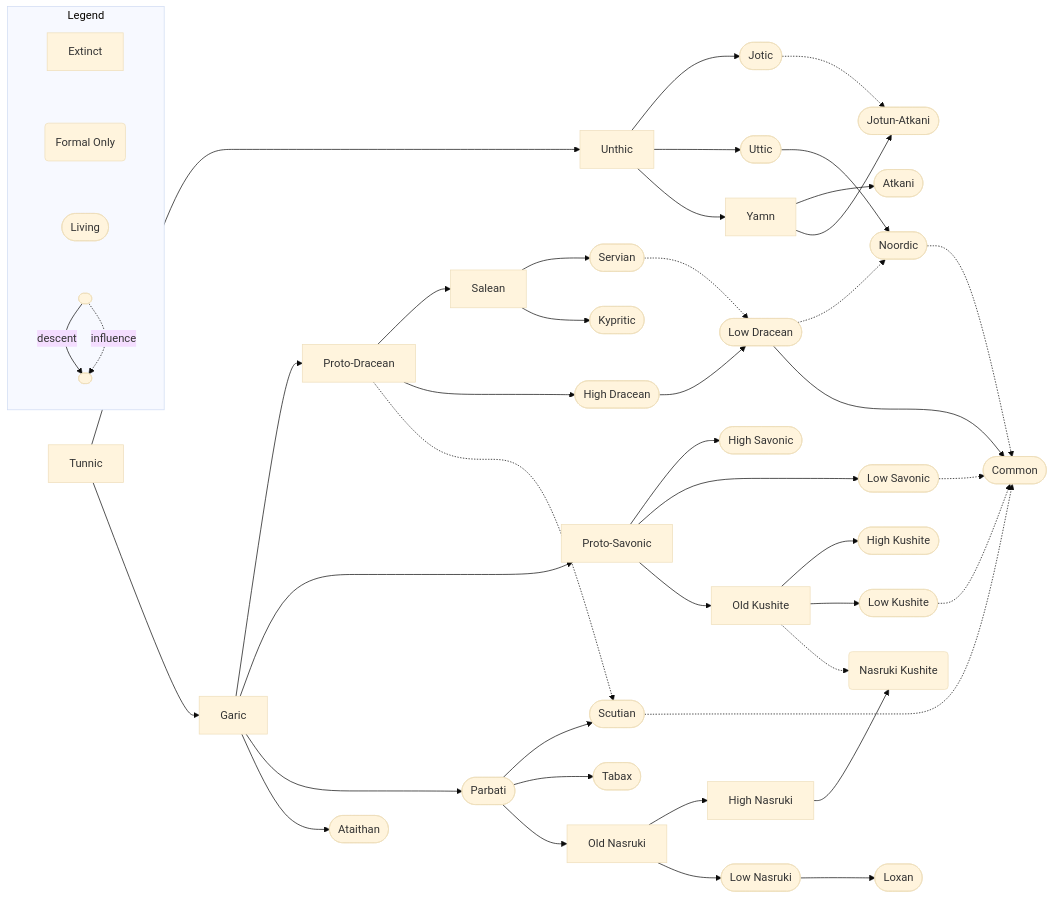
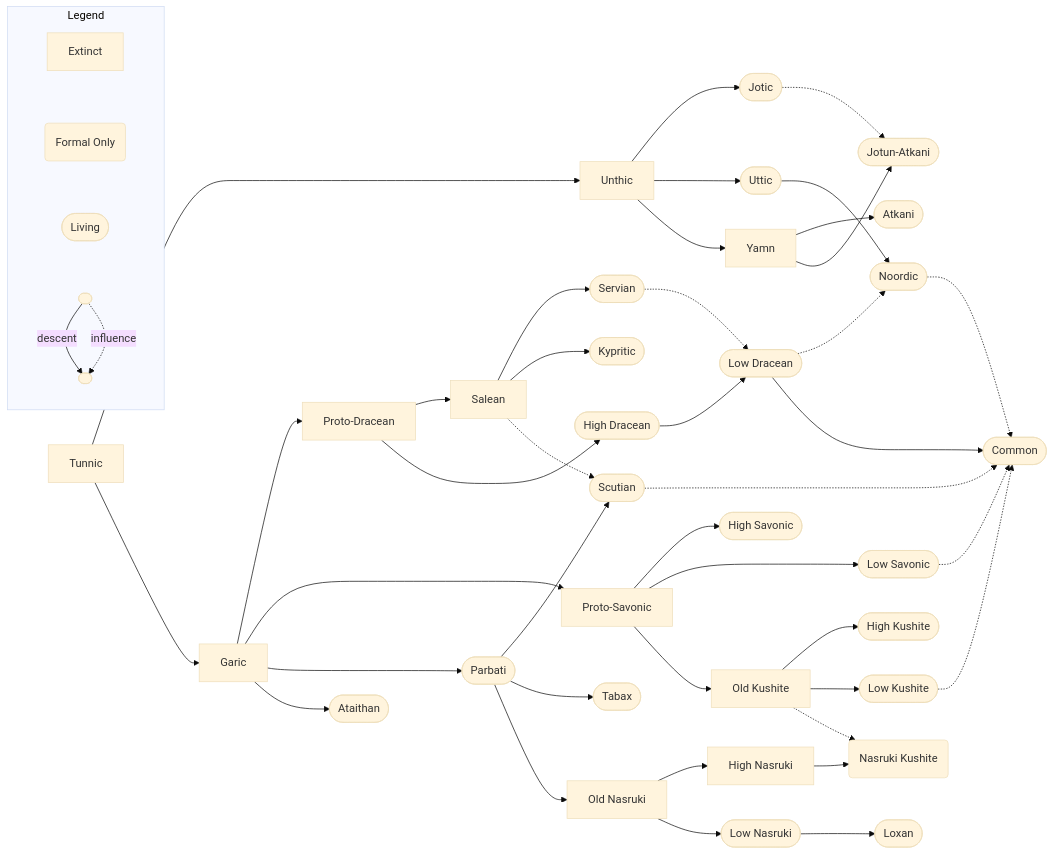
The diagram in source/lore/languages/index.md (TEParsons/Iuncterra), drawn with Mermaid (base theme) before and after one commit.

Commit message:
Scutian influenced by salean rather than proto-dracean

```diff
--- a/source/lore/languages/index.md
+++ b/source/lore/languages/index.md
@@ -72,7 +72,7 @@
 
 garic --> parbati
 parbati --> scutian
-proto-dracean -.-> scutian
+salean -.-> scutian
 parbati --> tabax
 parbati --> old-nasruki
 old-nasruki --> high-nasruki
```
